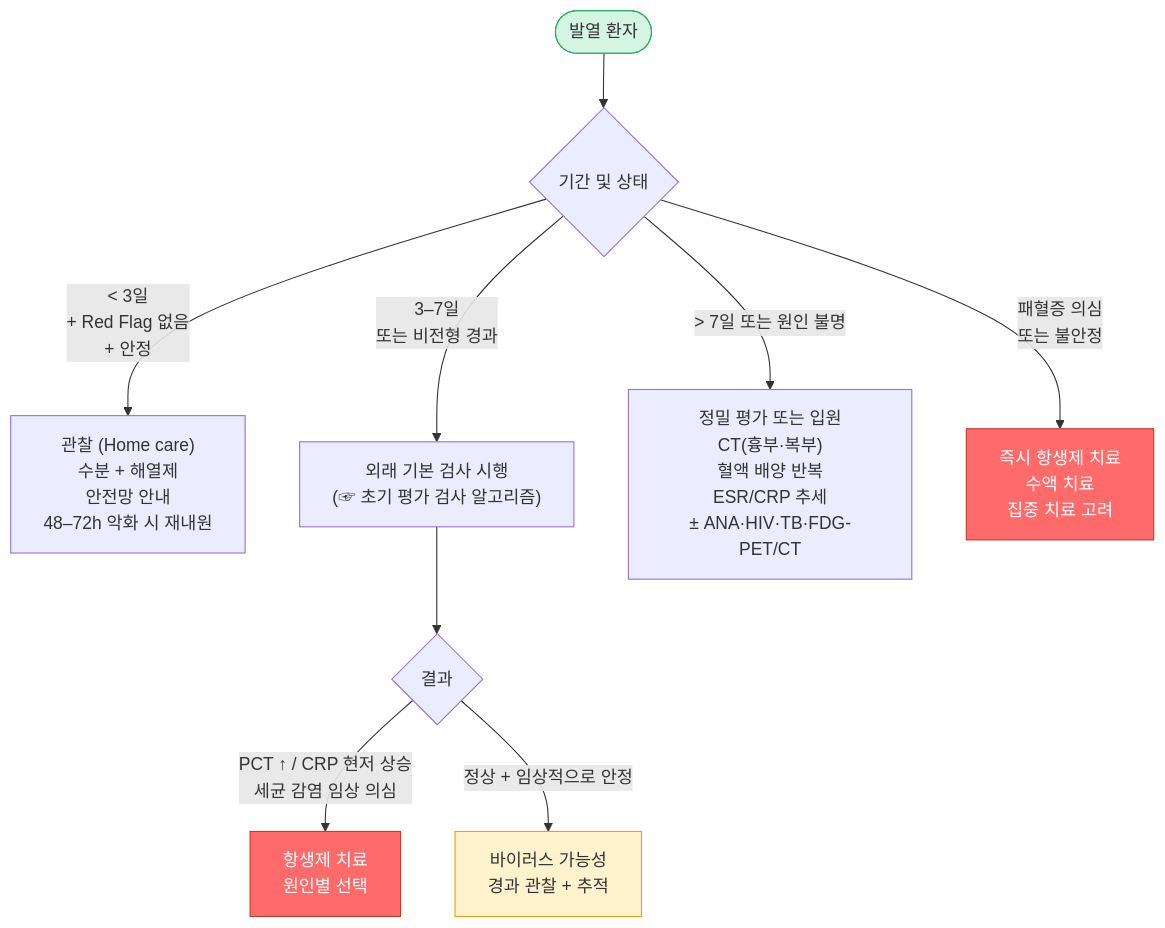
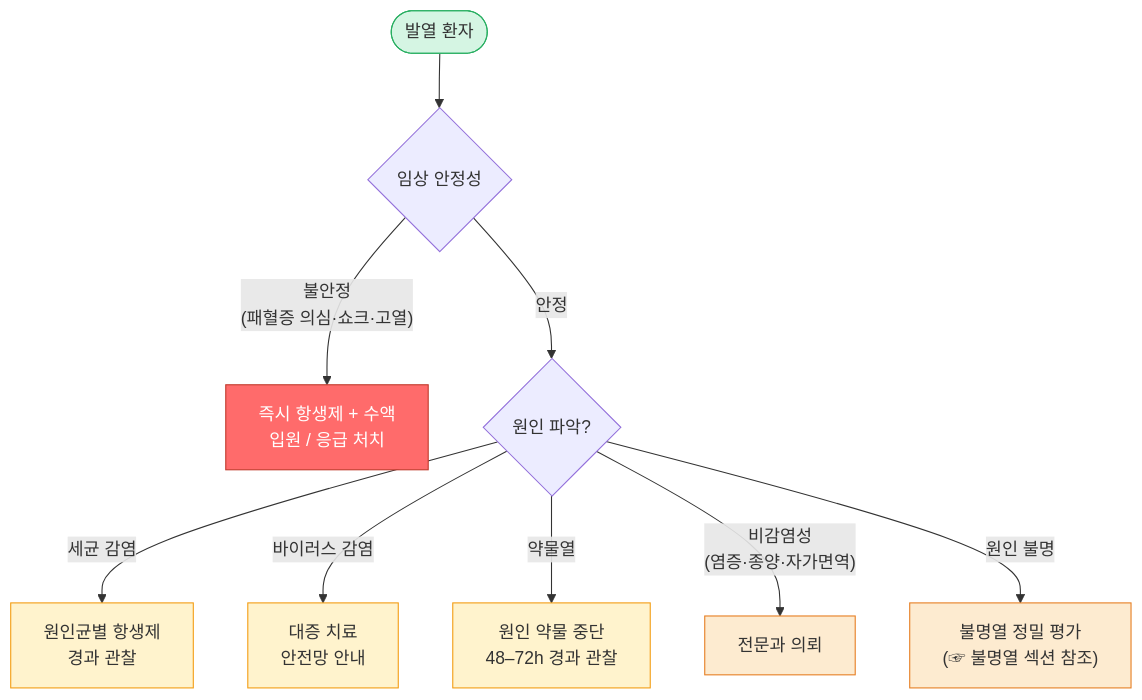
The second of 2 diagrams in 220_/011_-fever.md (familyoh77/familyoh77), drawn with Mermaid before and after one commit. The commit also changed other lines of this file, not shown here.

Commit message:
GITBOOK-754: No subject

````diff
--- a/220_/011_-fever.md
+++ b/220_/011_-fever.md
@@ -181,17 +184,21 @@
 ```mermaid
 graph TD
-    A([발열 환자]) --> B{기간 및 상태}
-    B -->|"< 3일<br/>+ Red Flag 없음<br/>+ 안정"| C["관찰 (Home care)<br/>수분 + 해열제<br/>안전망 안내<br/>48–72h 악화 시 재내원"]
-    B -->|"3–7일<br/>또는 비전형 경과"| D["외래 기본 검사 시행<br/>(☞ 초기 평가 검사 알고리즘)"]
-    D --> E{결과}
-    E -->|"PCT ↑ / CRP 현저 상승<br/>세균 감염 임상 의심"| F["항생제 치료<br/>원인별 선택"]
-    E -->|"정상 + 임상적으로 안정"| G["바이러스 가능성<br/>경과 관찰 + 추적"]
-    B -->|"> 7일 또는 원인 불명"| H["정밀 평가 또는 입원<br/>CT(흉부·복부)<br/>혈액 배양 반복<br/>ESR/CRP 추세<br/>± ANA·HIV·TB·FDG-PET/CT"]
-    B -->|"패혈증 의심<br/>또는 불안정"| I["즉시 항생제 치료<br/>수액 치료<br/>집중 치료 고려"]
+    A([발열 환자]) --> B{임상 안정성}
+    B -->|"불안정<br/>(패혈증 의심·쇼크·고열)"| C["즉시 항생제 + 수액<br/>입원 / 응급 처치"]
+    B -->|안정| D{원인 파악?}
+    D -->|세균 감염| E["원인균별 항생제<br/>경과 관찰"]
+    D -->|바이러스 감염| F["대증 치료<br/>안전망 안내"]
+    D -->|약물열| G["원인 약물 중단<br/>48–72h 경과 관찰"]
+    D -->|"비감염성<br/>(염증·종양·자가면역)"| H["전문과 의뢰"]
+    D -->|원인 불명| I["불명열 정밀 평가<br/>(☞ 불명열 섹션 참조)"]
 
-    style A fill:#d5f5e3,stroke:#27ae60
-    style F fill:#ff6b6b,stroke:#c0392b,color:#fff
-    style G fill:#fff3cd,stroke:#f39c12
-    style I fill:#ff6b6b,stroke:#c0392b,color:#fff
+    classDef red    fill:#ff6b6b,stroke:#c0392b,color:#fff
+    classDef green  fill:#d5f5e3,stroke:#27ae60
+    classDef yellow fill:#fff3cd,stroke:#f39c12
+    classDef orange fill:#fdebd0,stroke:#e67e22
 
+    class A green
+    class C red
+    class E,F,G yellow
+    class H,I orange
 ```
````
